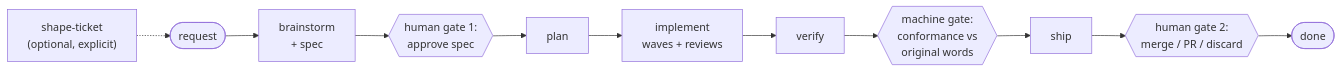
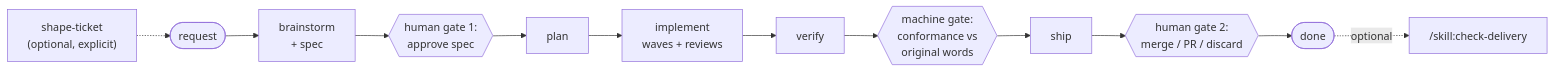
One commit to jjuraszek/pi-gauntlet changed the diagram in README.md. Above: the diagram before and after it, drawn with Mermaid. The commit also changed other lines of this file and 10 other files, not shown here.

First line of the commit message:
Add check-delivery skill: post-merge detective control (ref #10)

````diff
--- a/README.md
+++ b/README.md
@@ -47,14 +48,15 @@
 ```mermaid
 flowchart LR
     T["shape-ticket<br/>(optional, explicit)"]
     R([request]) --> B[brainstorm<br/>+ spec]
     T -.-> R
     B --> G1{{human gate 1:<br/>approve spec}}
     G1 --> P[plan]
     P --> I[implement<br/>waves + reviews]
     I --> V[verify]
     V --> M{{machine gate:<br/>conformance vs<br/>original words}}
     M --> S[ship]
     S --> G2{{human gate 2:<br/>merge / PR / discard}}
     G2 --> D([done])
+    D -.optional.-> CD["/skill:check-delivery"]
 ```
````
